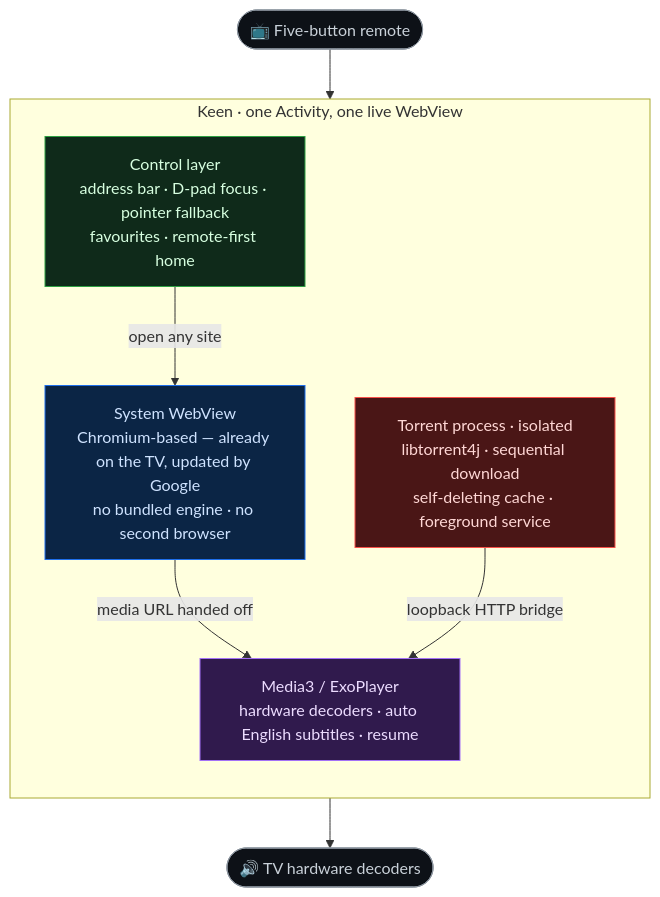
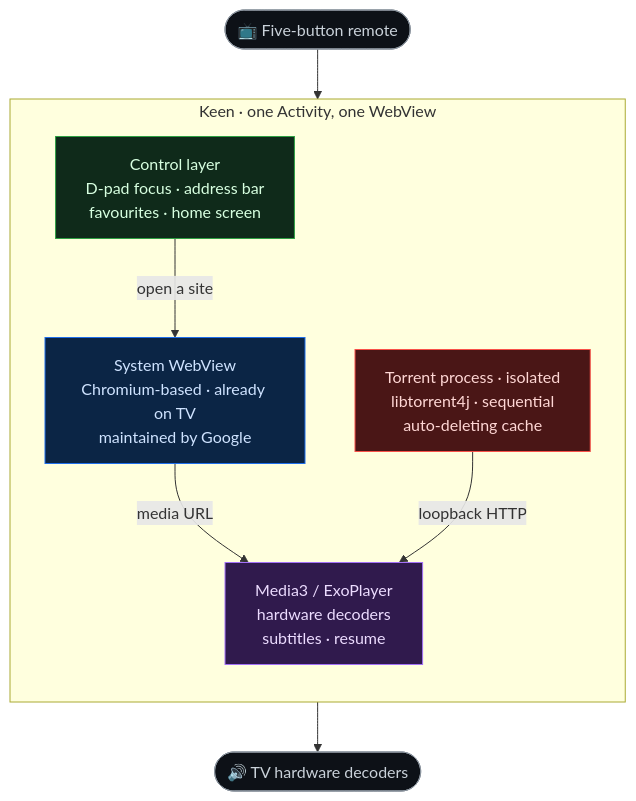
Before and after one commit to SirPrizeNZ/keen: the diagram in README.md, drawn with Mermaid.

Commit message:
readme: tighten architecture flowchart labels so GitHub stops clipping wide nodes

````diff
--- a/README.md
+++ b/README.md
@@ -167,30 +167,30 @@
 ```mermaid
 flowchart TD
-    R(["📺  Five-button remote"]) --> UI
+    R(["📺 Five-button remote"]) --> UI
 
-    subgraph KEEN["Keen · one Activity, one live WebView"]
+    subgraph KEEN["Keen · one Activity, one WebView"]
         direction TB
-        UI["Control layer<br/>address bar · D-pad focus · pointer fallback<br/>favourites · remote-first home"]
-        WV["System WebView<br/>Chromium-based — already on the TV, updated by Google<br/>no bundled engine · no second browser"]
-        TOR["Torrent process · isolated<br/>libtorrent4j · sequential download<br/>self-deleting cache · foreground service"]
-        EXO["Media3 / ExoPlayer<br/>hardware decoders · auto English subtitles · resume"]
+        UI["Control layer<br/>D-pad focus · address bar<br/>favourites · home screen"]
+        WV["System WebView<br/>Chromium-based · already on TV<br/>maintained by Google"]
+        TOR["Torrent process · isolated<br/>libtorrent4j · sequential<br/>auto-deleting cache"]
+        EXO["Media3 / ExoPlayer<br/>hardware decoders<br/>subtitles · resume"]
 
-        UI -- "open any site" --> WV
-        WV -- "media URL handed off" --> EXO
-        TOR -- "loopback HTTP bridge" --> EXO
+        UI -->|open a site| WV
+        WV -->|media URL| EXO
+        TOR -->|loopback HTTP| EXO
     end
 
-    EXO --> OUT(["🔊  TV hardware decoders"])
+    EXO --> OUT(["🔊 TV hardware decoders"])
 
     classDef edge fill:#0d1117,stroke:#8b949e,color:#c9d1d9;
     classDef control fill:#0f2a1a,stroke:#2ea043,color:#d7ffe0;
     classDef engine fill:#0b2545,stroke:#1f6feb,color:#cfe3ff;
     classDef torrent fill:#4a1616,stroke:#f85149,color:#ffd7d5;
     classDef player fill:#301a4d,stroke:#a371f7,color:#ecdcff;
 
     class R,OUT edge;
     class UI control;
     class WV engine;
     class TOR torrent;
     class EXO player;
 ```
````
